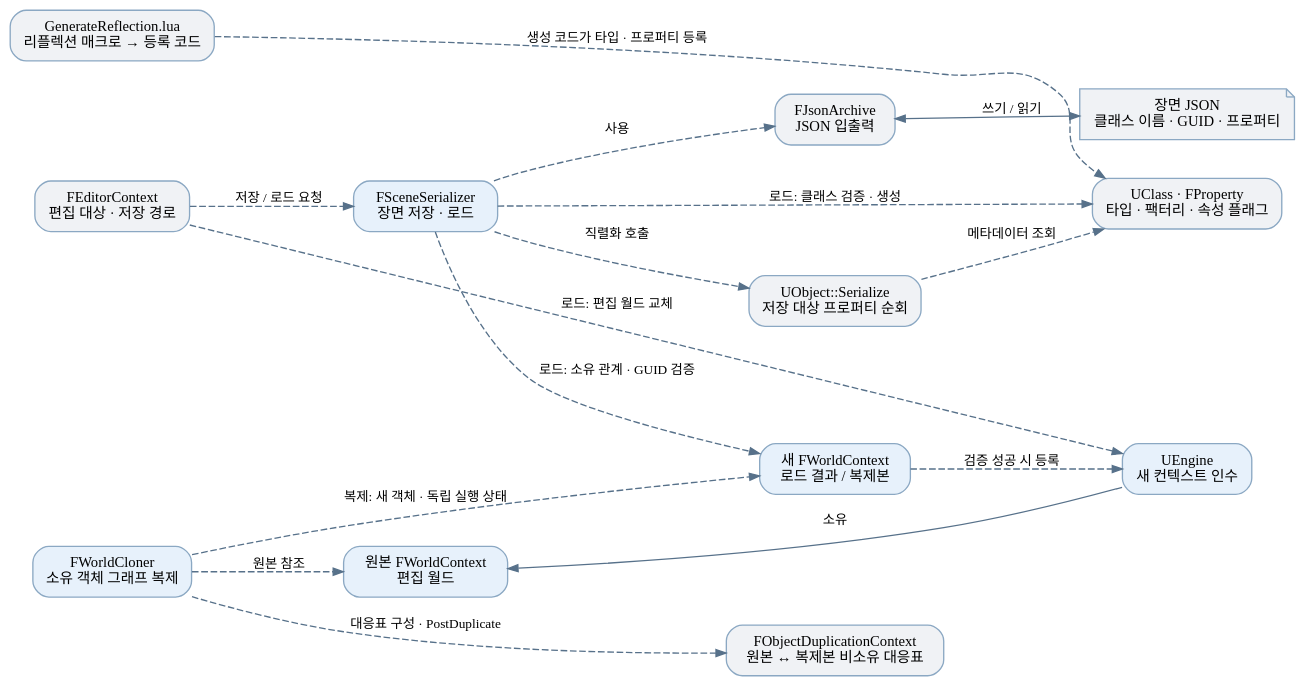
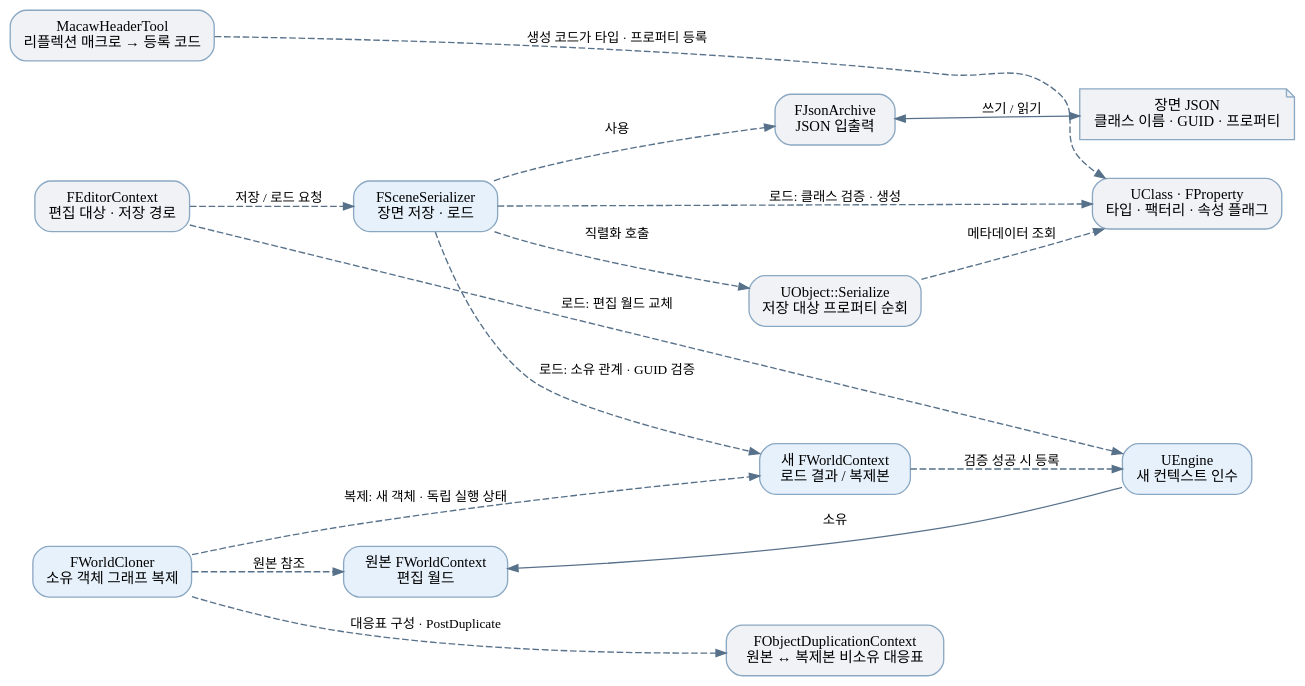
The diagram in Docs/Graphs/Persistence.dot (wewe231223/Macaw), drawn with Graphviz before and after one commit. The commit also changed 94 other files, not shown here.

```diff
--- a/Docs/Graphs/Persistence.dot
+++ b/Docs/Graphs/Persistence.dot
@@ -1,35 +1,35 @@
 digraph Persistence {
     graph [rankdir=LR, bgcolor="transparent", fontname="Malgun Gothic", nodesep=0.4, ranksep=0.45, pad=0.2];
     node [shape=box, style="rounded,filled", fillcolor="#e7f1fb", color="#8ba8c3", fontname="Malgun Gothic", fontsize=11, margin="0.16,0.10"];
     edge [color="#57718a", fontname="Malgun Gothic", fontsize=10, arrowsize=0.75];
     Context [label="FEditorContext\n편집 대상 · 저장 경로", fillcolor="#f0f2f5"];
     Serializer [label="FSceneSerializer\n장면 저장 · 로드"];
     Archive [label="FJsonArchive\nJSON 입출력", fillcolor="#f0f2f5"];
     Json [label="장면 JSON\n클래스 이름 · GUID · 프로퍼티", shape=note, fillcolor="#f0f2f5"];
     Object [label="UObject::Serialize\n저장 대상 프로퍼티 순회", fillcolor="#f0f2f5"];
     Metadata [label="UClass · FProperty\n타입 · 팩터리 · 속성 플래그", fillcolor="#f0f2f5"];
-    Reflection [label="GenerateReflection.lua\n리플렉션 매크로 → 등록 코드", fillcolor="#f0f2f5"];
+    Reflection [label="MacawHeaderTool\n리플렉션 매크로 → 등록 코드", fillcolor="#f0f2f5"];
     Fresh [label="새 FWorldContext\n로드 결과 / 복제본"];
     Engine [label="UEngine\n새 컨텍스트 인수"];
     World [label="원본 FWorldContext\n편집 월드"];
     Cloner [label="FWorldCloner\n소유 객체 그래프 복제"];
     Mapping [label="FObjectDuplicationContext\n원본 ↔ 복제본 비소유 대응표", fillcolor="#f0f2f5"];
     { rank=same; Context; Reflection; Cloner; }
     { rank=same; Serializer; World; }
     { rank=same; Archive; Object; Fresh; Mapping; }
     { rank=same; Json; Metadata; Engine; }
     Context -> Serializer [label="저장 / 로드 요청", style=dashed];
     Serializer -> Archive [label="사용", style=dashed];
     Archive -> Json [label="쓰기 / 읽기", dir=both];
     Serializer -> Object [label="직렬화 호출", style=dashed];
     Object -> Metadata [label="메타데이터 조회", style=dashed];
     Reflection -> Metadata [label="생성 코드가 타입 · 프로퍼티 등록", style=dashed];
     Serializer -> Metadata [label="로드: 클래스 검증 · 생성", style=dashed];
     Serializer -> Fresh [label="로드: 소유 관계 · GUID 검증", style=dashed];
     Fresh -> Engine [label="검증 성공 시 등록", style=dashed];
     Context -> Engine [label="로드: 편집 월드 교체", style=dashed, constraint=false];
     Engine -> World [label="소유", constraint=false];
     Cloner -> World [label="원본 참조", style=dashed];
     Cloner -> Fresh [label="복제: 새 객체 · 독립 실행 상태", style=dashed];
     Cloner -> Mapping [label="대응표 구성 · PostDuplicate", style=dashed];
 }
```
